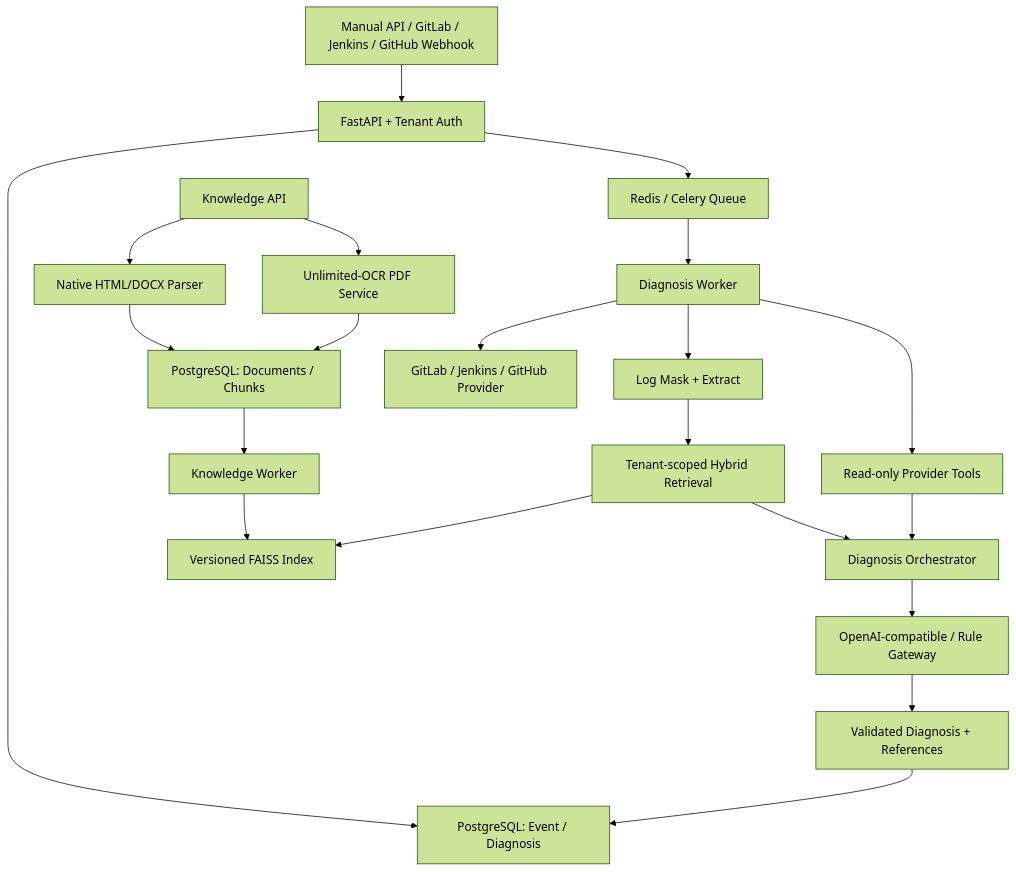
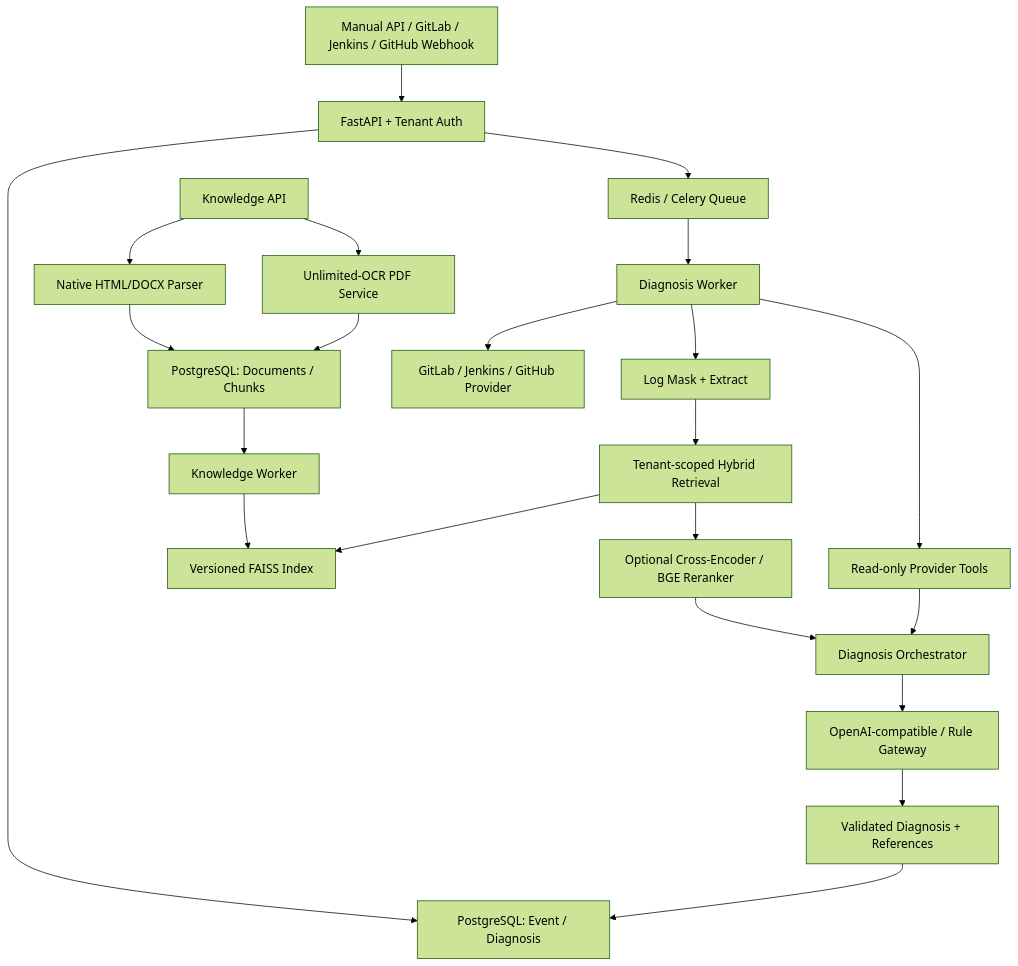
One commit to goblinM/ci-assistant-platform changed the diagram in README.md. Above: the diagram before and after it, drawn with Mermaid (forest theme). The commit also changed other lines of this file and 49 other files, not shown here.

````diff
--- a/README.md
+++ b/README.md
@@ -37,24 +40,25 @@
 ```mermaid
 flowchart TD
     A["Manual API / GitLab / Jenkins / GitHub Webhook"] --> B["FastAPI + Tenant Auth"]
     B --> C["PostgreSQL: Event / Diagnosis"]
     B --> D["Redis / Celery Queue"]
     D --> E["Diagnosis Worker"]
     E --> F["GitLab / Jenkins / GitHub Provider"]
     E --> G["Log Mask + Extract"]
     G --> H["Tenant-scoped Hybrid Retrieval"]
     H --> I["Versioned FAISS Index"]
     E --> J["Read-only Provider Tools"]
-    H --> K["Diagnosis Orchestrator"]
+    H --> S["Optional Cross-Encoder / BGE Reranker"]
+    S --> K["Diagnosis Orchestrator"]
     J --> K
     K --> L["OpenAI-compatible / Rule Gateway"]
     L --> M["Validated Diagnosis + References"]
     M --> C
 
     N["Knowledge API"] --> O["Native HTML/DOCX Parser"]
     N --> P["Unlimited-OCR PDF Service"]
     O --> Q["PostgreSQL: Documents / Chunks"]
     P --> Q
     Q --> R["Knowledge Worker"]
     R --> I
 ```
````
